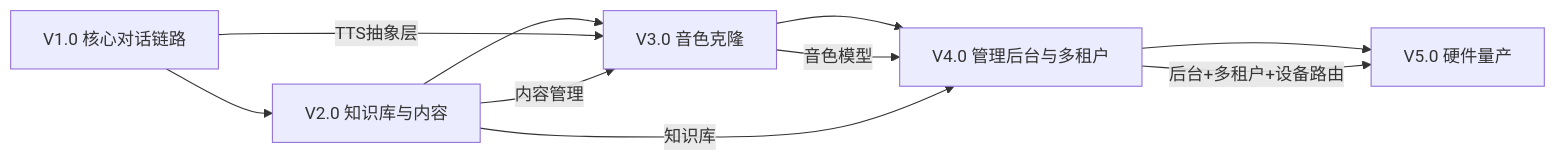
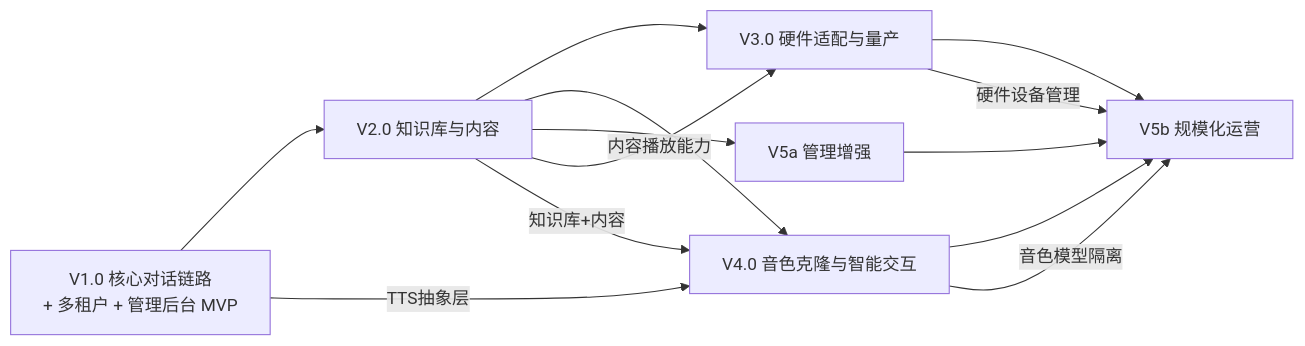
The diagram in docs/ROADMAP.md (harunme/minibot), drawn with Mermaid before and after one commit. The commit also changed other lines of this file and 3 other files, not shown here.

````diff
--- a/docs/ROADMAP.md
+++ b/docs/ROADMAP.md
@@ -230,13 +267,16 @@
 ```mermaid
 graph LR
-    V1[V1.0 核心对话链路] --> V2[V2.0 知识库与内容]
-    V2 --> V3[V3.0 音色克隆]
-    V3 --> V4[V4.0 管理后台与多租户]
-    V4 --> V5[V5.0 硬件量产]
+    V1[V1.0 核心对话链路<br/>+ 多租户 + 管理后台 MVP] --> V2[V2.0 知识库与内容]
+    V2 --> V3[V3.0 硬件适配与量产]
+    V2 --> V4[V4.0 音色克隆与智能交互]
+    V2 --> V5a[V5a 管理增强]
+    V3 --> V5b[V5b 规模化运营]
+    V4 --> V5b
+    V5a --> V5b
     
-    V1 --> |TTS抽象层| V3
-    V2 --> |内容管理| V3
-    V3 --> |音色模型| V4
-    V4 --> |后台+多租户+设备路由| V5
-    V2 --> |知识库| V4
+    V1 --> |TTS抽象层| V4
+    V2 --> |内容播放能力| V3
+    V2 --> |知识库+内容| V4
+    V3 --> |硬件设备管理| V5b
+    V4 --> |音色模型隔离| V5b
 ```
````
